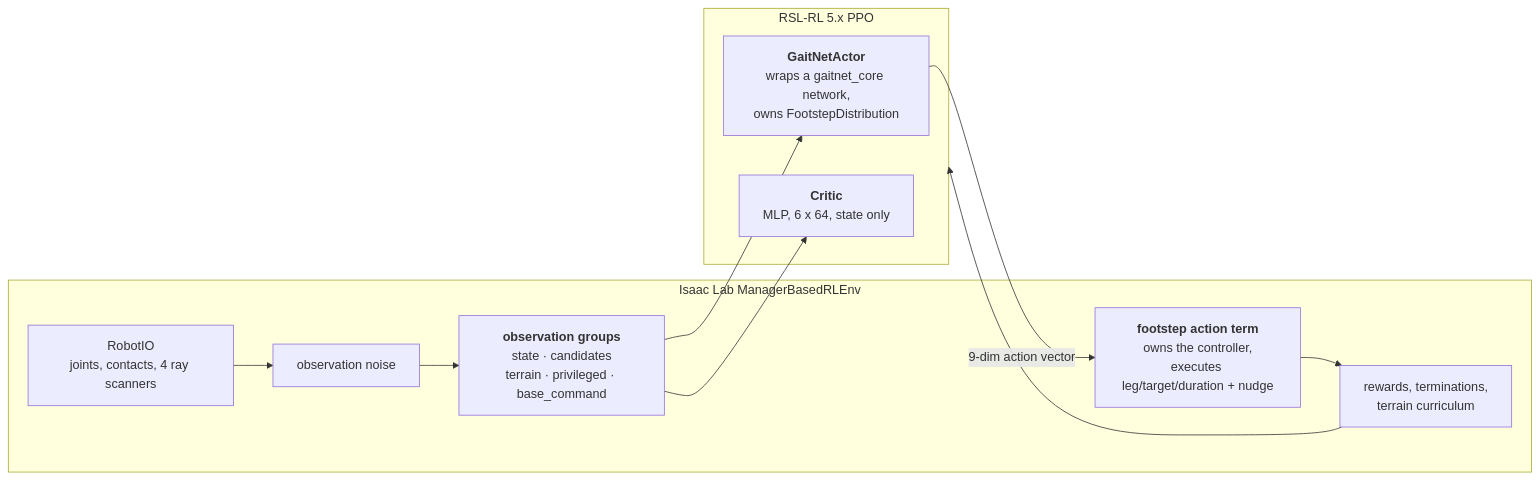
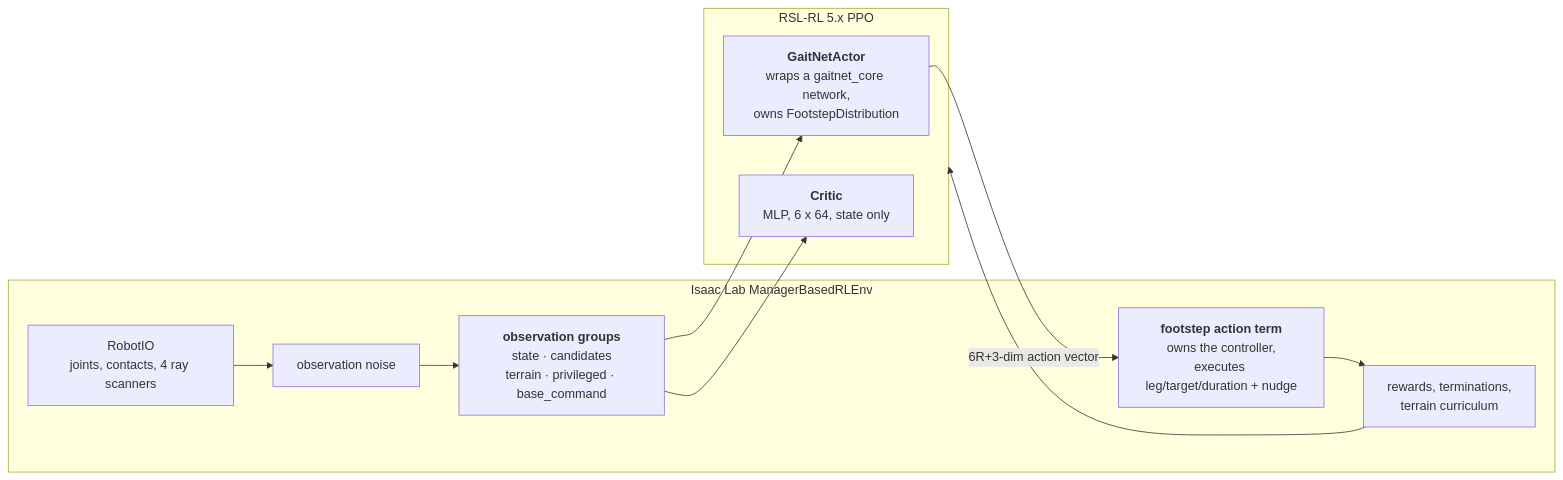
Before and after one commit to souravselvaraj/gaitnet: the third of 5 diagrams in ARCHITECTURE.md, drawn with Mermaid. The commit also changed other lines of this file and 20 other files, not shown here.

````diff
--- a/ARCHITECTURE.md
+++ b/ARCHITECTURE.md
@@ -152,22 +172,22 @@
 ```mermaid
 flowchart LR
     subgraph env["Isaac Lab ManagerBasedRLEnv"]
         io["RobotIO<br/>joints, contacts, 4 ray scanners"]
         noise["observation noise"]
         og["<b>observation groups</b><br/>state · candidates<br/>terrain · privileged · base_command"]
         act["<b>footstep action term</b><br/>owns the controller,<br/>executes leg/target/duration + nudge"]
         rew["rewards, terminations,<br/>terrain curriculum"]
     end
 
     subgraph rl["RSL-RL 5.x PPO"]
         actor["<b>GaitNetActor</b><br/>wraps a gaitnet_core network,<br/>owns FootstepDistribution"]
         critic["<b>Critic</b><br/>MLP, 6 x 64, state only"]
     end
 
     io --> noise --> og
     og --> actor
     og --> critic
-    actor -->|"9-dim action vector"| act
+    actor -->|"6R+3-dim action vector"| act
     act --> rew
     rew --> rl
 ```
````
